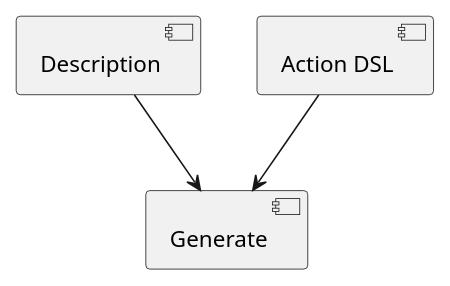
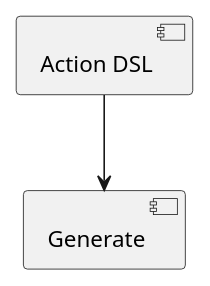
The diagram in designdocs/dslToSourceCode.puml (ThomasKrieger/agentelf), drawn with PlantUML before and after one commit. The commit also changed 13 other files, not shown here.

```diff
--- a/designdocs/dslToSourceCode.puml
+++ b/designdocs/dslToSourceCode.puml
@@ -1,9 +1,9 @@
 @startuml
 'https://plantuml.com/component-diagram
 
-[Description] -->  [Generate]
+
 [Action DSL] -->  [Generate]
 
 
 
 @enduml
```
